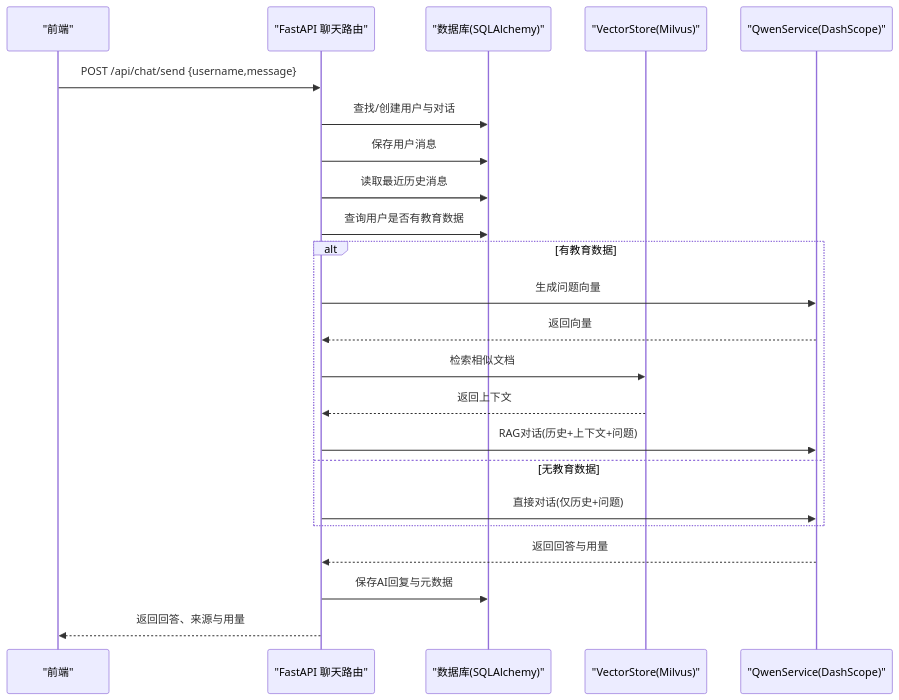
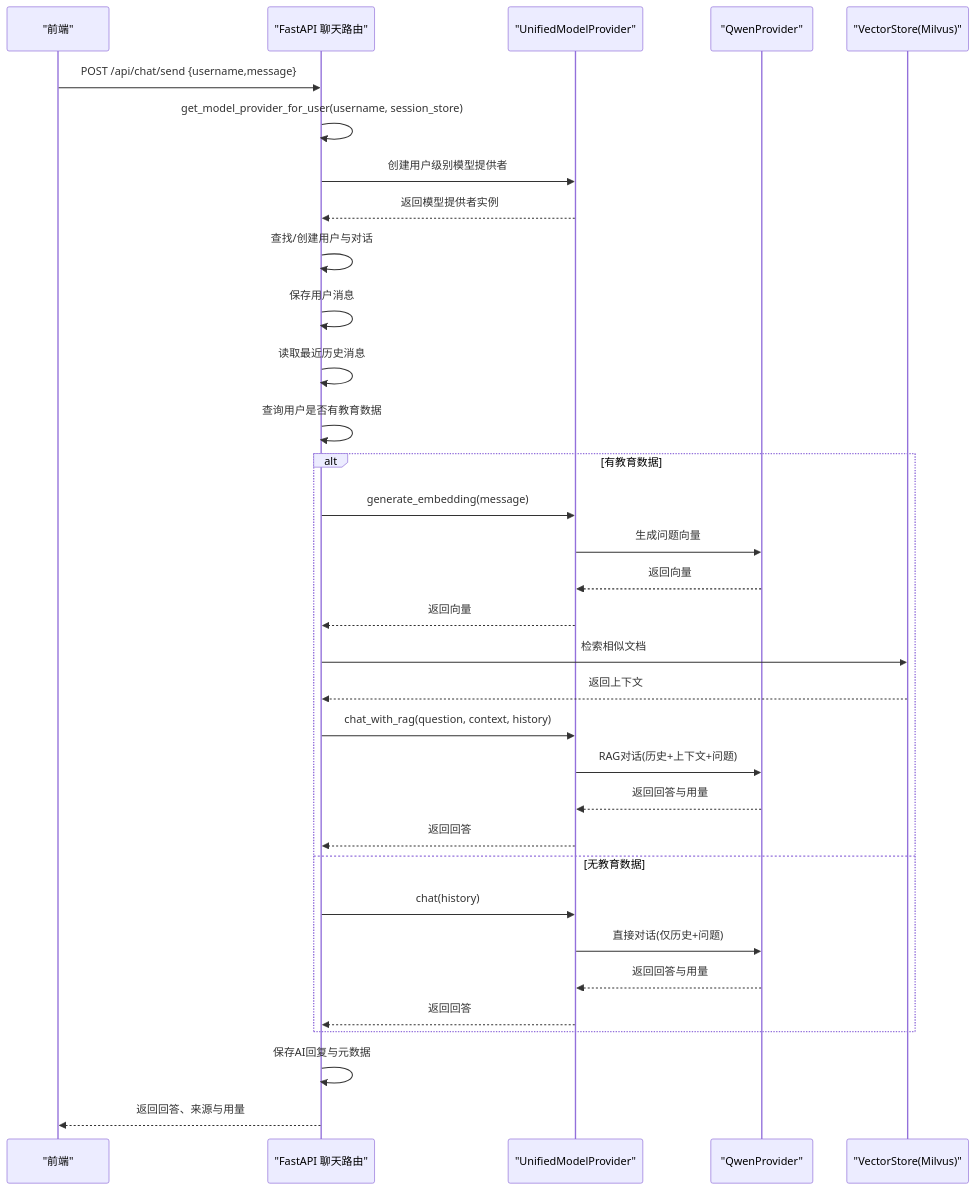
One commit to ghbbn053-ship-itsoulddog/soulddog changed the fifth of 7 diagrams in .qoder/repowiki/zh/content/系统架构/系统架构.md. Above: the diagram before and after it, drawn with Mermaid. The commit also changed other lines of this file and 119 other files, not shown here.

````diff
--- a/.qoder/repowiki/zh/content/系统架构/系统架构.md
+++ b/.qoder/repowiki/zh/content/系统架构/系统架构.md
@@ -196,25 +296,35 @@
 ```mermaid
 sequenceDiagram
 participant F as "前端"
 participant B as "FastAPI 聊天路由"
-participant D as "数据库(SQLAlchemy)"
+participant MP as "UnifiedModelProvider"
+participant Q as "QwenProvider"
 participant V as "VectorStore(Milvus)"
-participant Q as "QwenService(DashScope)"
 F->>B : POST /api/chat/send {username,message}
-B->>D : 查找/创建用户与对话
-B->>D : 保存用户消息
-B->>D : 读取最近历史消息
-B->>D : 查询用户是否有教育数据
+B->>B : get_model_provider_for_user(username, session_store)
+B->>MP : 创建用户级别模型提供者
+MP-->>B : 返回模型提供者实例
+B->>B : 查找/创建用户与对话
+B->>B : 保存用户消息
+B->>B : 读取最近历史消息
+B->>B : 查询用户是否有教育数据
 alt 有教育数据
-B->>Q : 生成问题向量
-Q-->>B : 返回向量
+B->>MP : generate_embedding(message)
+MP->>Q : 生成问题向量
+Q-->>MP : 返回向量
+MP-->>B : 返回向量
 B->>V : 检索相似文档
 V-->>B : 返回上下文
-B->>Q : RAG对话(历史+上下文+问题)
+B->>MP : chat_with_rag(question, context, history)
+MP->>Q : RAG对话(历史+上下文+问题)
+Q-->>MP : 返回回答与用量
+MP-->>B : 返回回答
 else 无教育数据
-B->>Q : 直接对话(仅历史+问题)
+B->>MP : chat(history)
+MP->>Q : 直接对话(仅历史+问题)
+Q-->>MP : 返回回答与用量
+MP-->>B : 返回回答
 end
-Q-->>B : 返回回答与用量
-B->>D : 保存AI回复与元数据
+B->>B : 保存AI回复与元数据
 B-->>F : 返回回答、来源与用量
 ```
````
